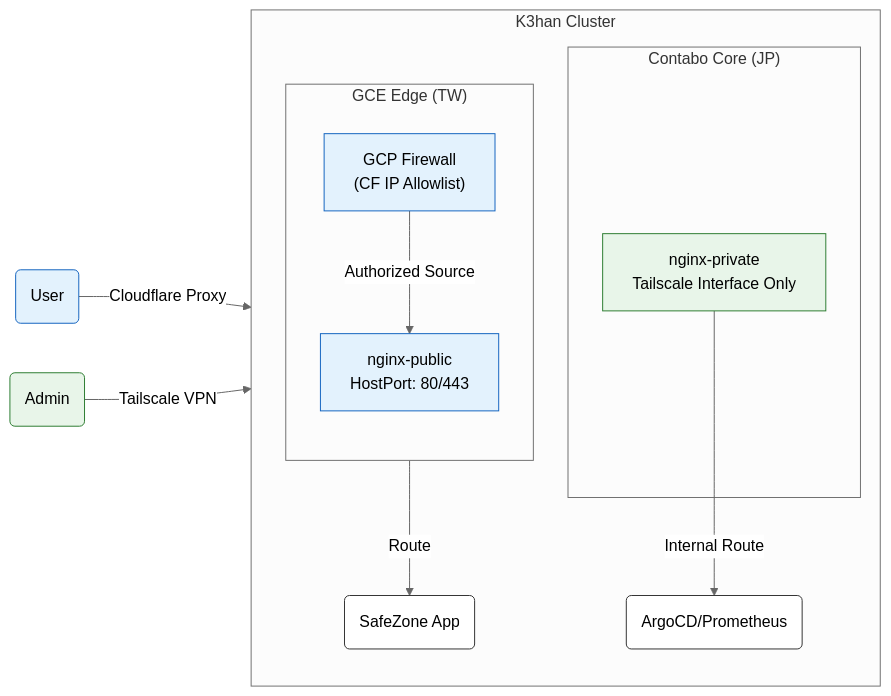
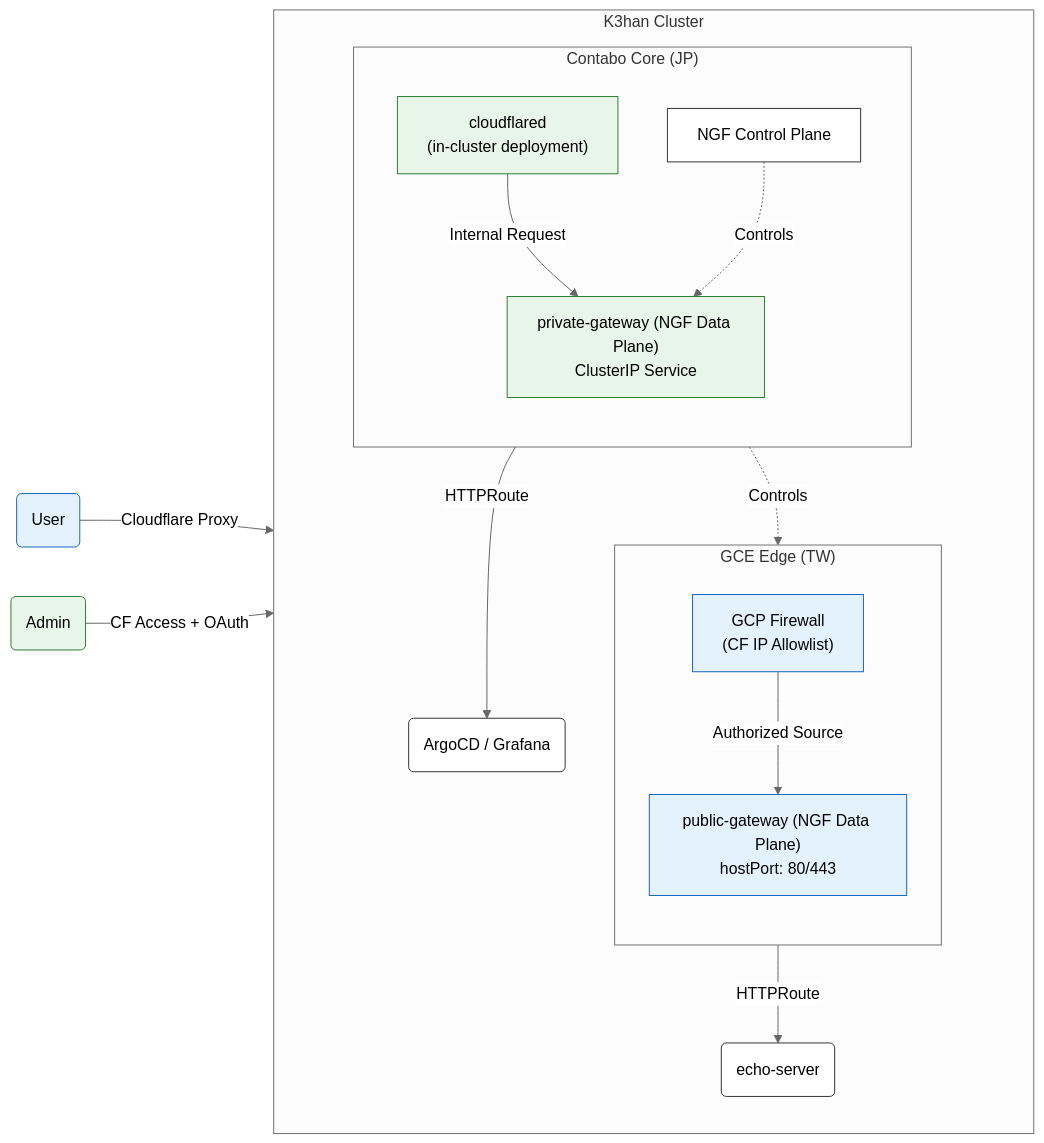
Before and after one commit to SafeChord/Docs: the diagram in docs/safechord.chorde.k3han.ingress.md, drawn with Mermaid (neutral theme). The commit also changed other lines of this file and 3 other files, not shown here.

First line of the commit message:
docs(k3han): Reconcile ingress policy to Gateway API and NGF

````diff
--- a/docs/safechord.chorde.k3han.ingress.md
+++ b/docs/safechord.chorde.k3han.ingress.md
@@ -47,34 +46,41 @@
 ```mermaid
 graph LR
     %% Styles
     classDef public fill:#e3f2fd,stroke:#1565c0;
     classDef private fill:#e8f5e9,stroke:#2e7d32;
     classDef k8s fill:#fff,stroke:#333;
 
     User(User):::public
     Admin(Admin):::private
     
     subgraph K3han [K3han Cluster]
         direction TB
         
         subgraph Agent ["GCE Edge (TW)"]
             direction TB
             GCP_FW["GCP Firewall<br/>(CF IP Allowlist)"]:::public
-            PubIng["nginx-public<br/>HostPort: 80/443"]:::public
+            PubDP["public-gateway (NGF Data Plane)<br/>hostPort: 80/443"]:::public
         end
 
         subgraph Master ["Contabo Core (JP)"]
-            PrivIng["nginx-private<br/>Tailscale Interface Only"]:::private
+            direction TB
+            CF_Tunnel["cloudflared<br/>(in-cluster deployment)"]:::private
+            PrivDP["private-gateway (NGF Data Plane)<br/>ClusterIP Service"]:::private
+            NGF_Ctrl["NGF Control Plane"]:::k8s
         end
         
-        App(SafeZone App):::k8s
-        Ops(ArgoCD/Prometheus):::k8s
+        App(echo-server):::k8s
+        Ops(ArgoCD / Grafana):::k8s
     end
 
     User -->|"Cloudflare Proxy"| GCP_FW
-    GCP_FW -->|"Authorized Source"| PubIng
-    PubIng -->|"Route"| App
+    GCP_FW -->|"Authorized Source"| PubDP
+    PubDP -->|"HTTPRoute"| App
     
-    Admin -->|"Tailscale VPN"| PrivIng
-    PrivIng -->|"Internal Route"| Ops
+    Admin -->|"CF Access + OAuth"| CF_Tunnel
+    CF_Tunnel -->|"Internal Request"| PrivDP
+    PrivDP -->|"HTTPRoute"| Ops
+    
+    NGF_Ctrl -.->|"Controls"| PubDP
+    NGF_Ctrl -.->|"Controls"| PrivDP
 ```
````
